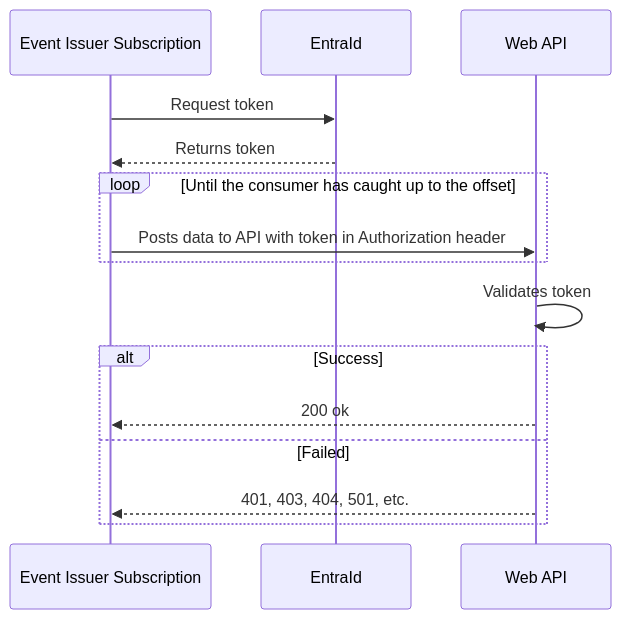
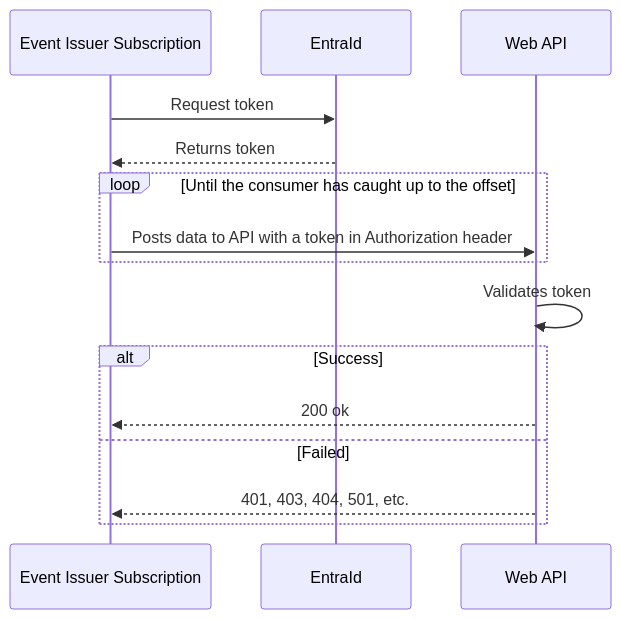
Before and after one commit to Bane-NOR/event-issuer: the diagram in docs/user-guides/subscriptions.md, drawn with Mermaid. The commit also changed other lines of this file and 5 other files, not shown here.

````diff
--- a/docs/user-guides/subscriptions.md
+++ b/docs/user-guides/subscriptions.md
@@ -154,18 +152,18 @@
 ``` mermaid
 sequenceDiagram
-    participant Event Issuer Subscription
-    participant EntraId
-    participant Web API
+ participant Event Issuer Subscription
+ participant EntraId
+ participant Web API
 
-    Event Issuer Subscription->>EntraId: Request token
-    EntraId-->>Event Issuer Subscription: Returns token
-    loop Until the consumer has caught up to the offset
-    Event Issuer Subscription->>Web API: Posts data to API with token in Authorization header
-    end
-    Web API->>Web API: Validates token
-    alt Success
-    Web API-->>Event Issuer Subscription: 200 ok
-    else Failed
-    Web API -->>Event Issuer Subscription: 401, 403, 404, 501, etc.
-    end
+ Event Issuer Subscription->>EntraId: Request token
+ EntraId-->>Event Issuer Subscription: Returns token
+ loop Until the consumer has caught up to the offset
+ Event Issuer Subscription->>Web API: Posts data to API with a token in Authorization header
+ end
+ Web API->>Web API: Validates token
+ alt Success
+ Web API-->>Event Issuer Subscription: 200 ok
+ else Failed
+ Web API -->>Event Issuer Subscription: 401, 403, 404, 501, etc.
+ end
 ```
````
